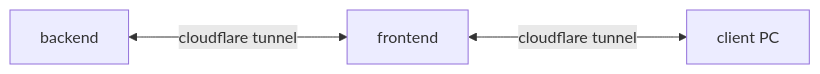
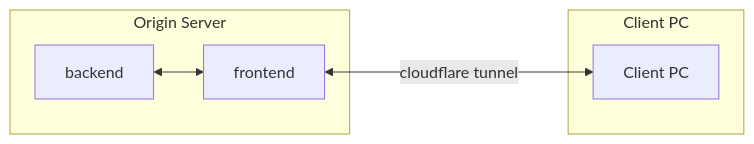
One commit to kumeS/stableDiffusion4R_API changed the second of 2 diagrams in README.md. Above: the diagram before and after it, drawn with Mermaid.

````diff
--- a/README.md
+++ b/README.md
@@ -164,5 +164,12 @@
 ```mermaid
 flowchart LR
-    backend<--cloudflare tunnel--->frontend
-    frontend<--cloudflare tunnel--->client["client PC"]
+    backend<-->frontend
+    frontend<--cloudflare tunnel--->client["Client PC"]
+    subgraph Origin Server
+    backend
+    frontend
+    end
+    subgraph Client PC
+    client
+    end
 ```
````
